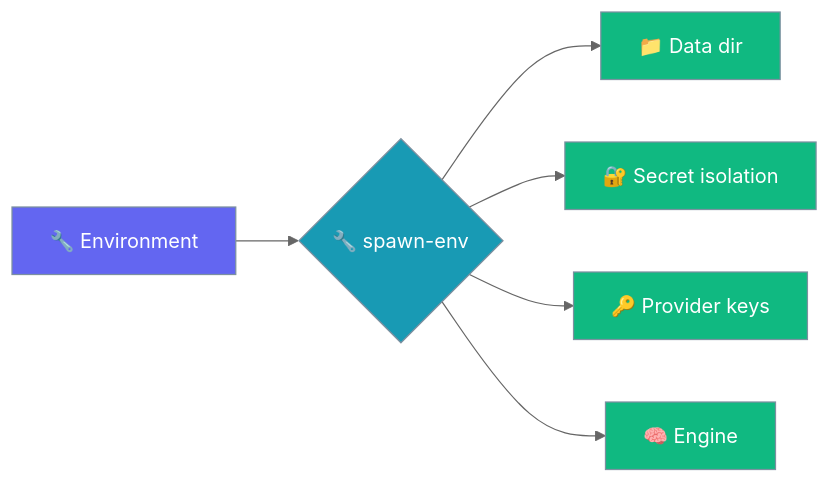
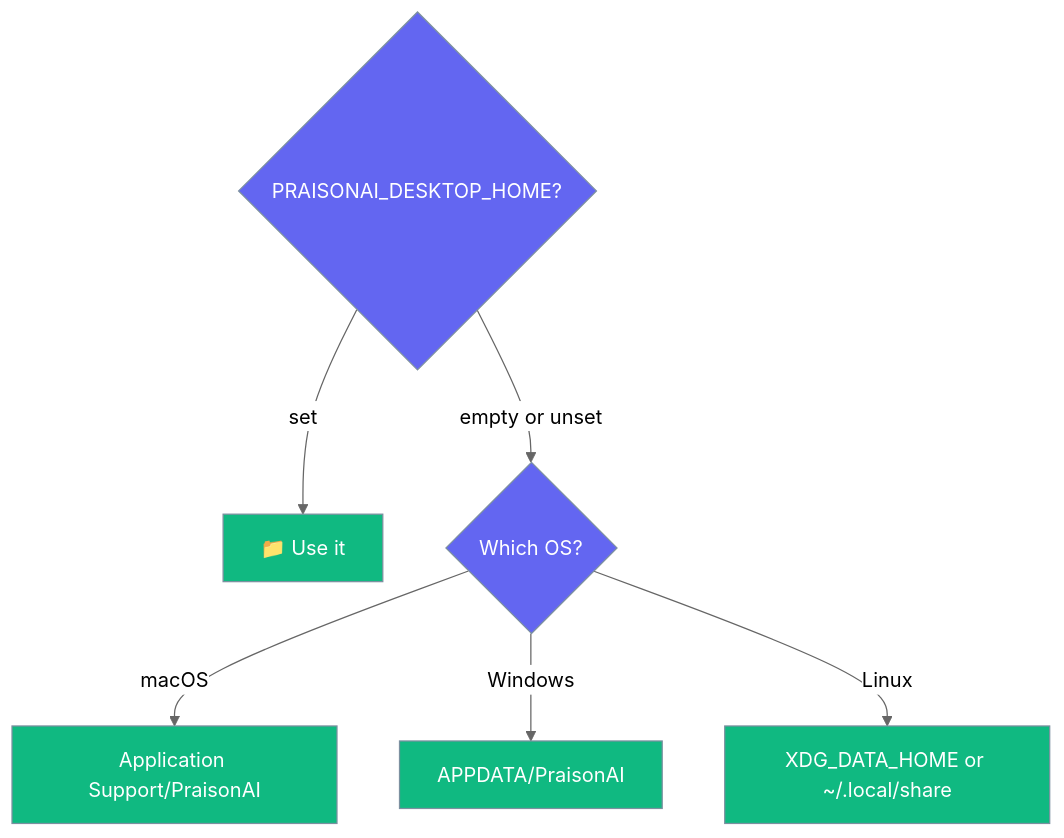
One commit to MervinPraison/PraisonAIDocs changed the first of 3 diagrams in docs/features/desktop/environment-variables.mdx. Above: the diagram before and after it, drawn with Mermaid (neutral theme). The commit also changed other lines of this file and 7 other files, not shown here.

Commit message:
docs(desktop): match PraisonAI#4382 and add fine-tune, API, env-vars pages (fixes #3367)

````diff
--- a/docs/features/desktop/environment-variables.mdx
+++ b/docs/features/desktop/environment-variables.mdx
@@ -21,16 +23,14 @@
 ```mermaid
-graph LR
-    Env[🔧 Environment] --> Spawn{🔧 spawn-env}
-    Spawn --> Data[📁 Data dir]
-    Spawn --> Secrets[🔐 Secret isolation]
-    Spawn --> Keys[🔑 Provider keys]
-    Spawn --> Engine[🧠 Engine]
+graph TB
+    Home{PRAISONAI_DESKTOP_HOME?} -->|set| Override[📁 Use it]
+    Home -->|empty or unset| Platform{Which OS?}
+    Platform -->|macOS| Mac[Application Support/PraisonAI]
+    Platform -->|Windows| Win[APPDATA/PraisonAI]
+    Platform -->|Linux| Linux[XDG_DATA_HOME or ~/.local/share]
 
-    classDef env fill:#6366F1,stroke:#7C90A0,color:#fff
-    classDef mid fill:#189AB4,stroke:#7C90A0,color:#fff
+    classDef q fill:#6366F1,stroke:#7C90A0,color:#fff
     classDef out fill:#10B981,stroke:#7C90A0,color:#fff
 
-    class Env env
-    class Spawn mid
-    class Data,Secrets,Keys,Engine out
+    class Home,Platform q
+    class Override,Mac,Win,Linux out
 ```
````
